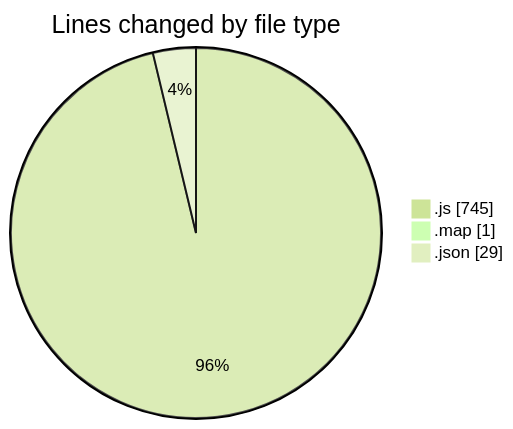
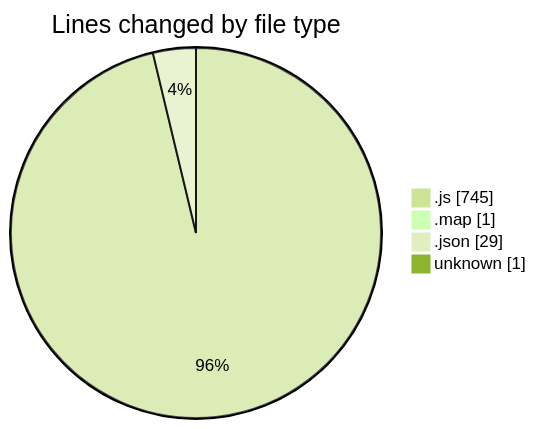
The first of 2 diagrams in 2025-10-14/accounting-master/README.md (nxtqubesakshisongat/code-tracking), drawn with Mermaid (forest theme) before and after one commit. The commit also changed other lines of this file and 1 other file, not shown here.

````diff
--- a/2025-10-14/accounting-master/README.md
+++ b/2025-10-14/accounting-master/README.md
@@ -31,7 +32,8 @@
 ```mermaid
 pie showData
 title Lines changed by file type
 ".js" : 745
 ".map" : 1
 ".json" : 29
+"unknown" : 1
 ```
````
